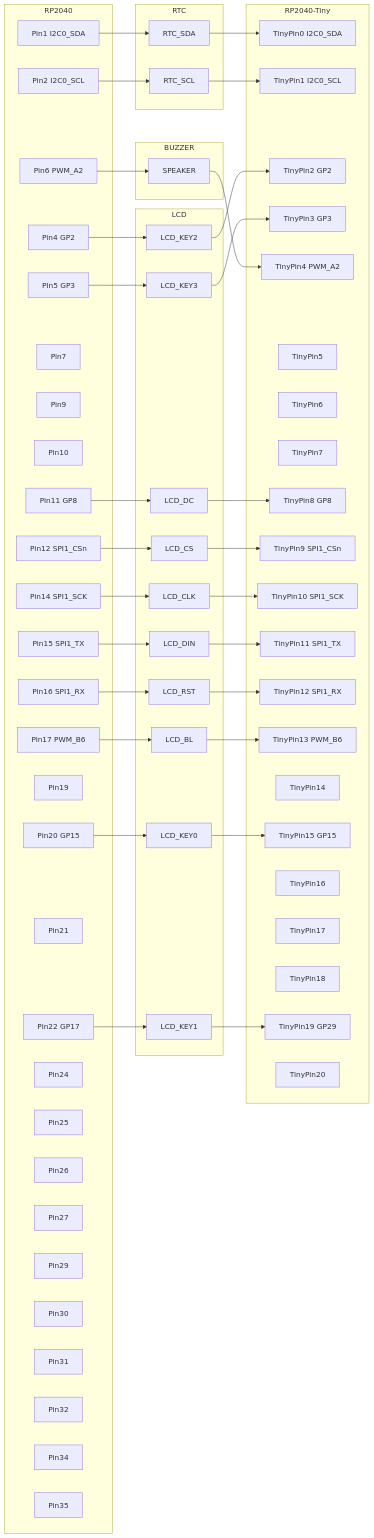
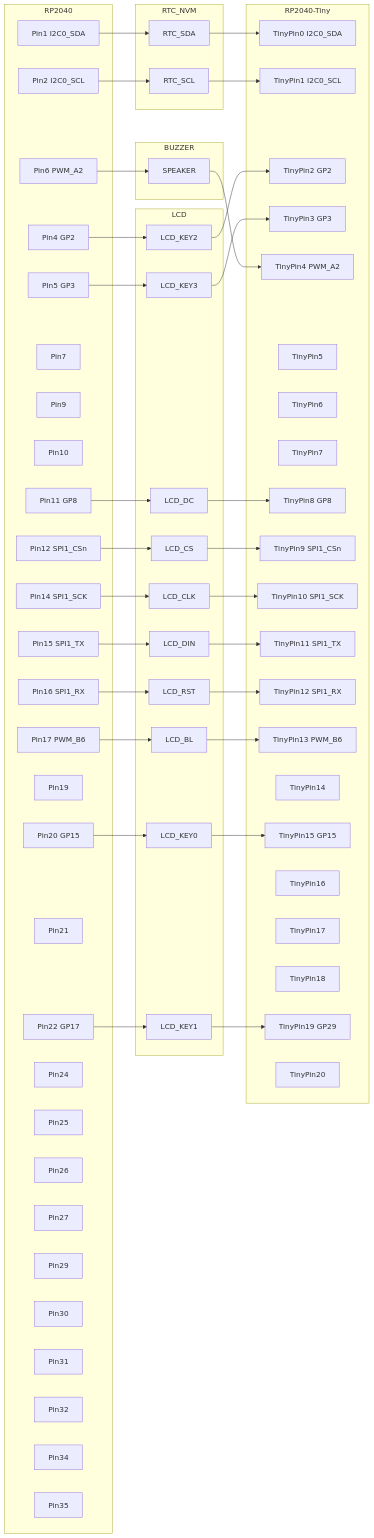
One commit to dennis-lawter/pico-pet changed the diagram in readme.md. Above: the diagram before and after it, drawn with Mermaid. The commit also changed 2 other files, not shown here.

Commit message:
NVM working properly

```diff
--- a/readme.md
+++ b/readme.md
@@ -76,7 +76,7 @@
 
 
 
-    subgraph RTC
+    subgraph RTC_NVM
         RTC_SDA
         RTC_SCL
     end
```
